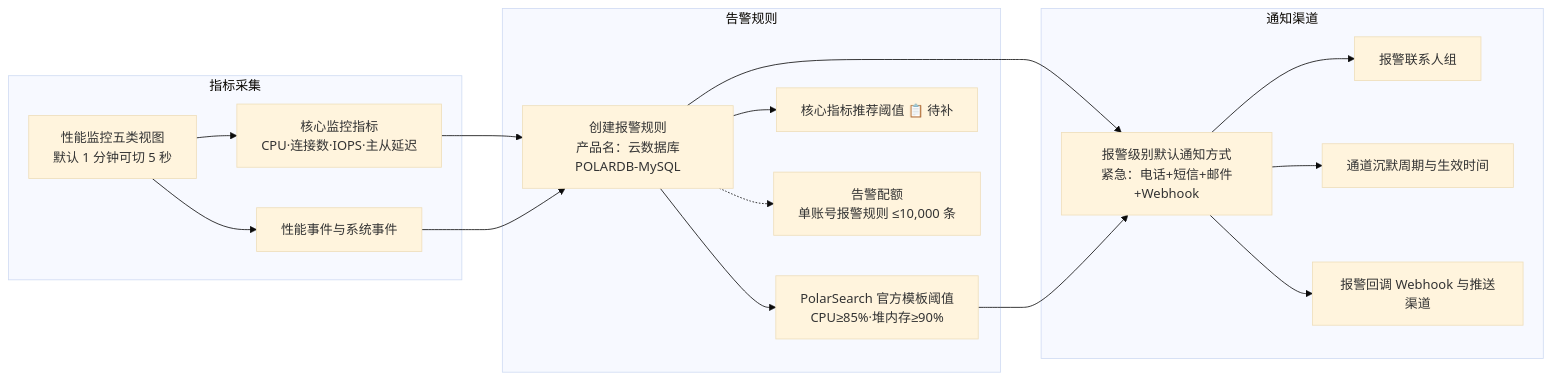
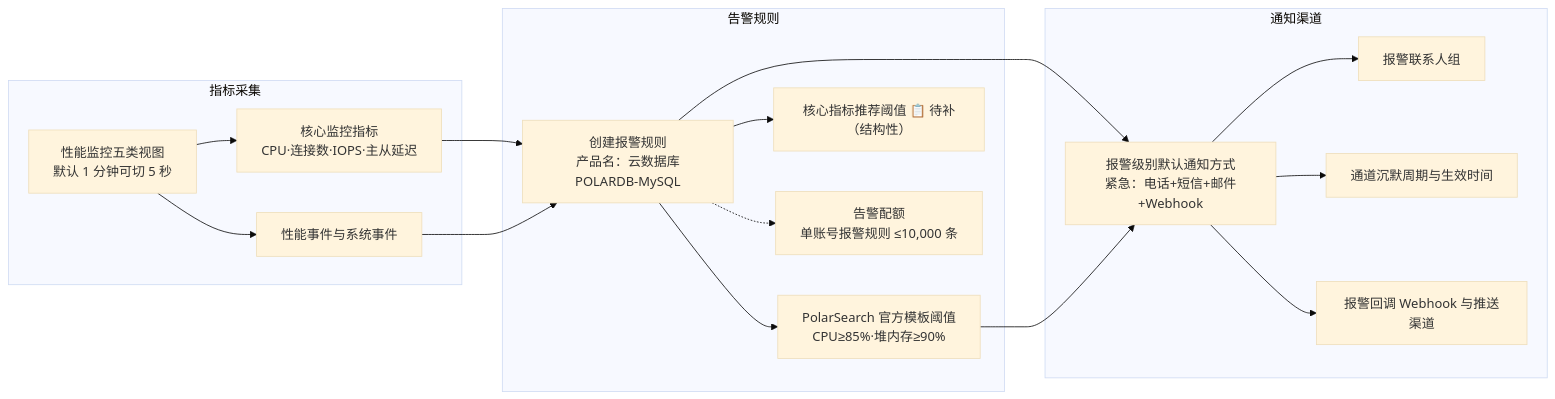
The diagram in products/polardb/09-监控与告警.md (kudig-io/checky), drawn with Mermaid (base theme) before and after one commit. The commit also changed other lines of this file and 103 other files, not shown here.

````diff
--- a/products/polardb/09-监控与告警.md
+++ b/products/polardb/09-监控与告警.md
@@ -7,32 +7,32 @@
 ```mermaid
 flowchart LR
   subgraph S1["指标采集"]
     A1["性能监控五类视图<br/>默认 1 分钟可切 5 秒"]
     A2["核心监控指标<br/>CPU·连接数·IOPS·主从延迟"]
     A3["性能事件与系统事件"]
   end
   subgraph S2["告警规则"]
     B1["创建报警规则<br/>产品名：云数据库POLARDB-MySQL"]
     B2["PolarSearch 官方模板阈值<br/>CPU≥85%·堆内存≥90%"]
-    B3["核心指标推荐阈值 📋 待补"]
+    B3["核心指标推荐阈值 📋 待补（结构性）"]
     B4["告警配额<br/>单账号报警规则 ≤10,000 条"]
   end
   subgraph S3["通知渠道"]
     C1["报警级别默认通知方式<br/>紧急：电话+短信+邮件+Webhook"]
     C2["报警联系人组"]
     C3["通道沉默周期与生效时间"]
     C4["报警回调 Webhook 与推送渠道"]
   end
   A1 --> A2
   A1 --> A3
   A2 --> B1
   A3 --> B1
   B1 --> B2
   B1 --> B3
   B1 -.-> B4
   B1 --> C1
   B2 --> C1
   C1 --> C2
   C1 --> C3
   C1 --> C4
 ```
````
